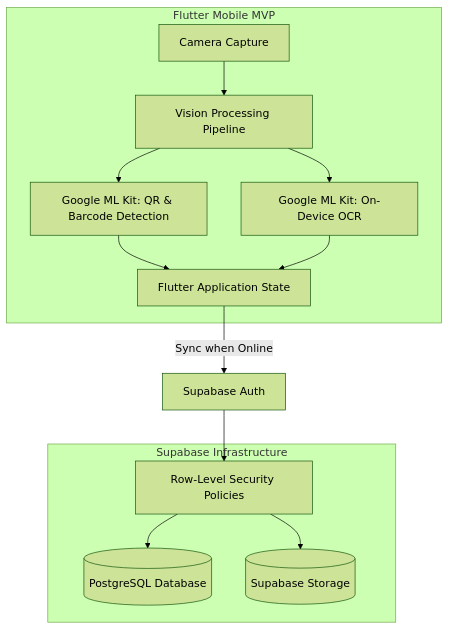
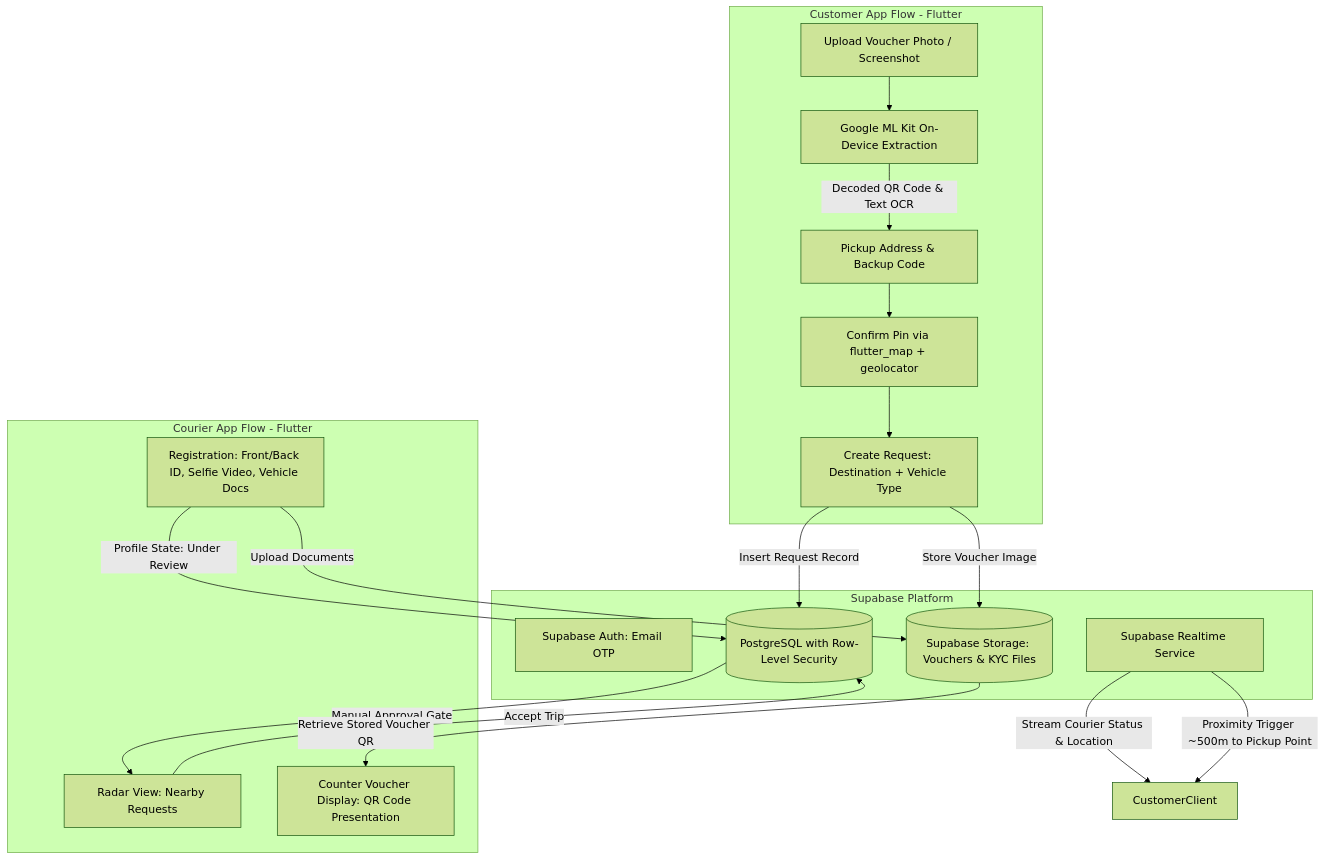
Before and after one commit to qproyect/qproject-showcase: the diagram in case-studies/umi.md, drawn with Mermaid (forest theme). The commit also changed other lines of this file and 3 other files, not shown here.

````diff
--- a/case-studies/umi.md
+++ b/case-studies/umi.md
@@ -23,19 +24,34 @@
 ```mermaid
 graph TD
-    subgraph Mobile Client [Flutter Mobile MVP]
-        Camera[Camera Capture] --> VisionEngine[Vision Processing Pipeline]
-        VisionEngine --> MLKitQR[Google ML Kit: QR & Barcode Detection]
-        VisionEngine --> MLKitOCR[Google ML Kit: On-Device OCR]
-
-        MLKitQR --> LocalApp[Flutter Application State]
-        MLKitOCR --> LocalApp
+    subgraph Customer Client [Customer App Flow - Flutter]
+        VoucherUpload[Upload Voucher Photo / Screenshot] --> MLKitExtract[Google ML Kit On-Device Extraction]
+        MLKitExtract -->|Decoded QR Code & Text OCR| ExtractedData[Pickup Address & Backup Code]
+        ExtractedData --> MapPin[Confirm Pin via flutter_map + geolocator]
+        MapPin --> SubmitRequest[Create Request: Destination + Vehicle Type]
     end
 
-    LocalApp -->|Sync when Online| SupabaseAuth[Supabase Auth]
-    SupabaseAuth --> RLS[Row-Level Security Policies]
+    subgraph Courier Client [Courier App Flow - Flutter]
+        CourierKYC[Registration: Front/Back ID, Selfie Video, Vehicle Docs]
+        CourierRadar[Radar View: Nearby Requests]
+        CounterView[Counter Voucher Display: QR Code Presentation]
+    end
 
-    subgraph Backend Cloud [Supabase Infrastructure]
-        RLS --> Database[(PostgreSQL Database)]
-        RLS --> Storage[(Supabase Storage)]
+    subgraph Backend Infrastructure [Supabase Platform]
+        Auth[Supabase Auth: Email OTP]
+        DB[(PostgreSQL with Row-Level Security)]
+        Storage[(Supabase Storage: Vouchers & KYC Files)]
+        Realtime[Supabase Realtime Service]
     end
+
+    CourierKYC -->|Upload Documents| Storage
+    CourierKYC -->|Profile State: Under Review| DB
+    SubmitRequest -->|Store Voucher Image| Storage
+    SubmitRequest -->|Insert Request Record| DB
+
+    DB -->|Manual Approval Gate| CourierRadar
+    CourierRadar -->|Accept Trip| DB
+
+    Realtime -->|Stream Courier Status & Location| CustomerClient
+    Realtime -->|Proximity Trigger ~500m to Pickup Point| CustomerClient
+    Storage -->|Retrieve Stored Voucher QR| CounterView
 ```
````
